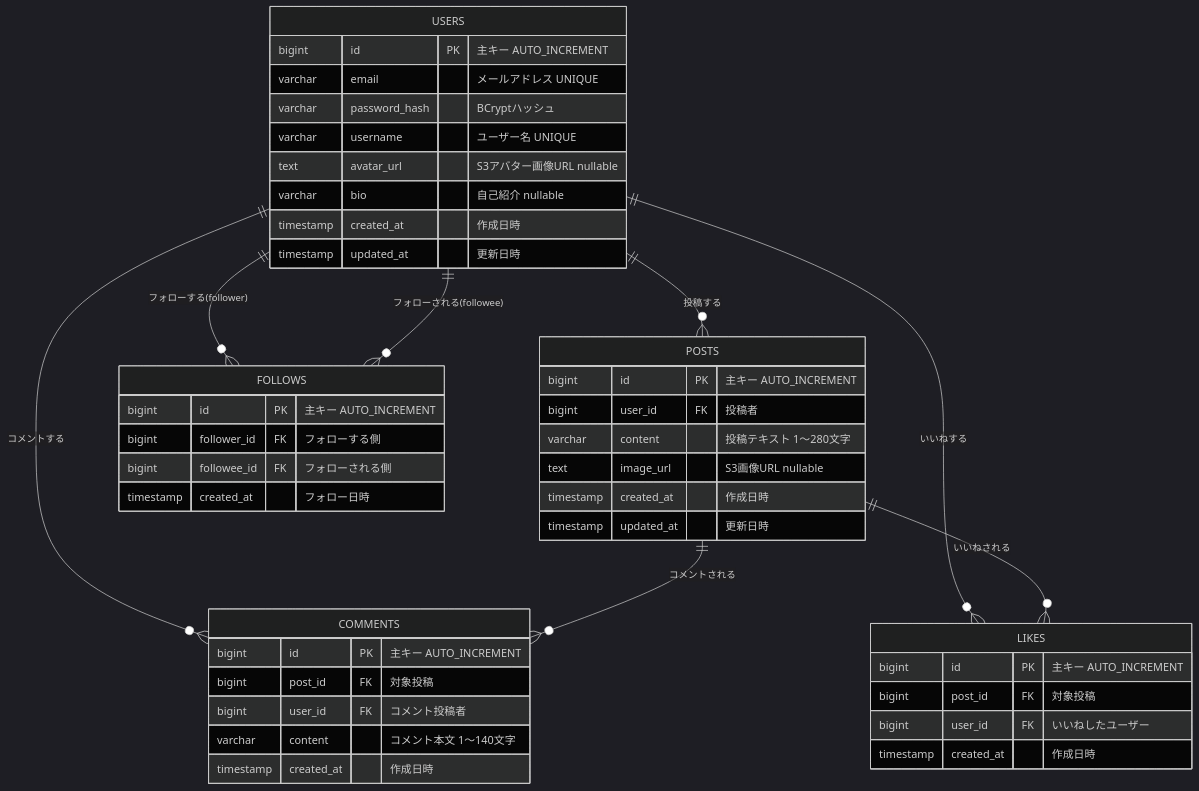
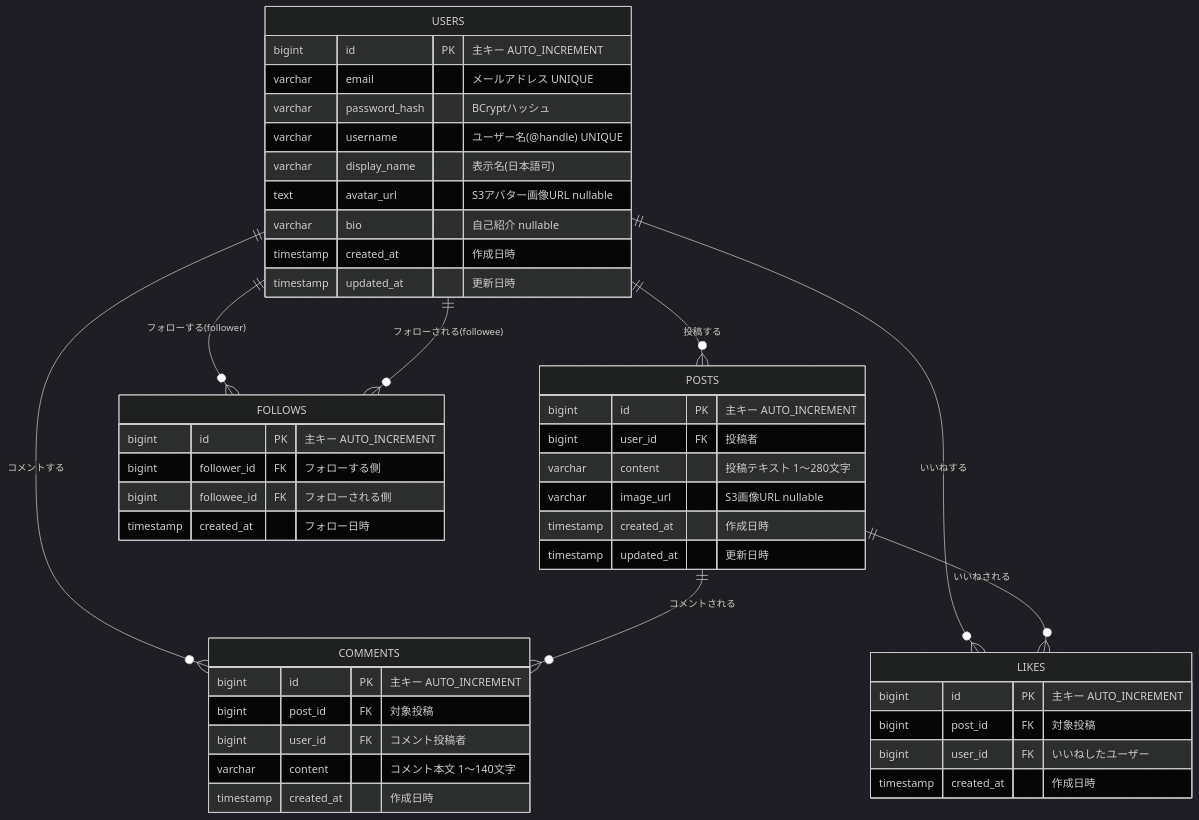
Before and after one commit to Hiroyuki-12/RaiseTimeLine: the diagram in docs/er-diagram.md, drawn with Mermaid (dark theme). The commit also changed other lines of this file and 11 other files, not shown here.

````diff
--- a/docs/er-diagram.md
+++ b/docs/er-diagram.md
@@ -5,52 +5,53 @@
 ```mermaid
 erDiagram
     USERS {
         bigint id PK "主キー AUTO_INCREMENT"
         varchar email "メールアドレス UNIQUE"
         varchar password_hash "BCryptハッシュ"
-        varchar username "ユーザー名 UNIQUE"
+        varchar username "ユーザー名(@handle) UNIQUE"
+        varchar display_name "表示名(日本語可)"
         text avatar_url "S3アバター画像URL nullable"
         varchar bio "自己紹介 nullable"
         timestamp created_at "作成日時"
         timestamp updated_at "更新日時"
     }
 
     POSTS {
         bigint id PK "主キー AUTO_INCREMENT"
         bigint user_id FK "投稿者"
         varchar content "投稿テキスト 1〜280文字"
-        text image_url "S3画像URL nullable"
+        varchar image_url "S3画像URL nullable"
         timestamp created_at "作成日時"
         timestamp updated_at "更新日時"
     }
 
     COMMENTS {
         bigint id PK "主キー AUTO_INCREMENT"
         bigint post_id FK "対象投稿"
         bigint user_id FK "コメント投稿者"
         varchar content "コメント本文 1〜140文字"
         timestamp created_at "作成日時"
     }
 
     LIKES {
         bigint id PK "主キー AUTO_INCREMENT"
         bigint post_id FK "対象投稿"
         bigint user_id FK "いいねしたユーザー"
         timestamp created_at "作成日時"
     }
 
     FOLLOWS {
         bigint id PK "主キー AUTO_INCREMENT"
         bigint follower_id FK "フォローする側"
         bigint followee_id FK "フォローされる側"
         timestamp created_at "フォロー日時"
     }
 
     USERS ||--o{ POSTS : "投稿する"
     USERS ||--o{ COMMENTS : "コメントする"
     USERS ||--o{ LIKES : "いいねする"
     USERS ||--o{ FOLLOWS : "フォローする(follower)"
     USERS ||--o{ FOLLOWS : "フォローされる(followee)"
     POSTS ||--o{ COMMENTS : "コメントされる"
     POSTS ||--o{ LIKES : "いいねされる"
 ```
````
